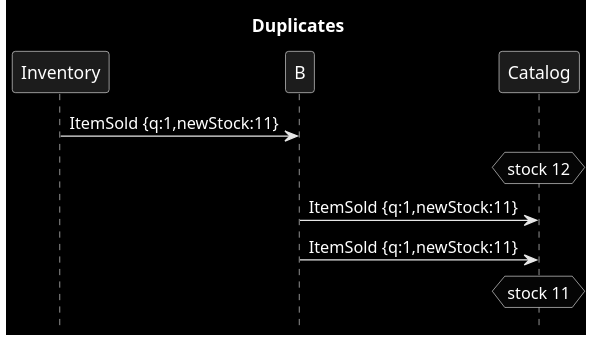
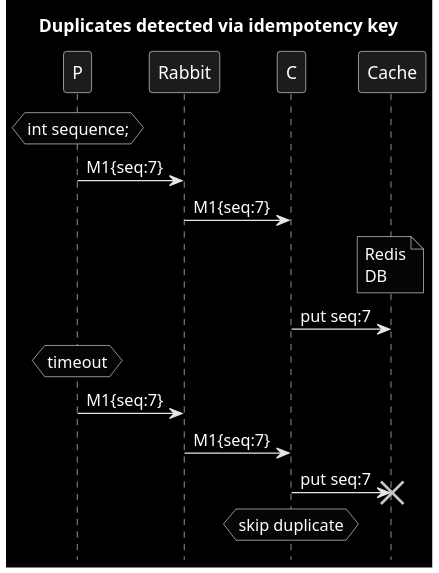
The diagram in patterns/1_duplicates.puml (victorrentea/kafka), drawn with PlantUML before and after one commit. The commit also changed other lines of this file and 1 other file, not shown here.

```diff
--- a/patterns/1_duplicates.puml
+++ b/patterns/1_duplicates.puml
@@ -1,11 +1,18 @@
 @startuml
-title Duplicates
+title Duplicates detected via idempotency key
 hide footbox
 skinparam monochrome reverse
 
-Inventory->B: ItemSold {q:1,newStock:11}
-hnote over Catalog: stock 12
-B->Catalog: ItemSold {q:1,newStock:11}
-B->Catalog: ItemSold {q:1,newStock:11}
-hnote over Catalog: stock 11
+hnote over P: int sequence;
+P->Rabbit: M1{seq:7}
+Rabbit->C: M1{seq:7}
+note over Cache: Redis\nDB
+C->Cache: put seq:7
+hnote over P: timeout
+P->Rabbit: M1{seq:7}
+Rabbit->C: M1{seq:7}
+C->Cache!!: put seq:7
+hnote over C: skip duplicate
+
+
 @enduml
```
